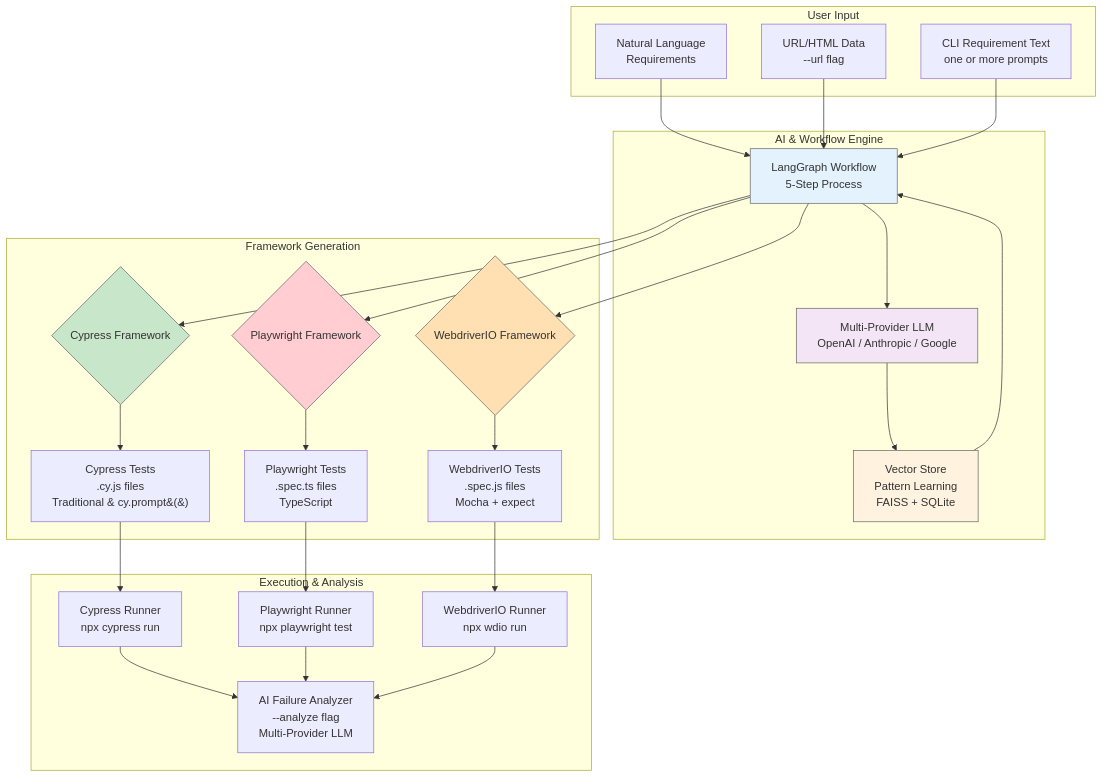
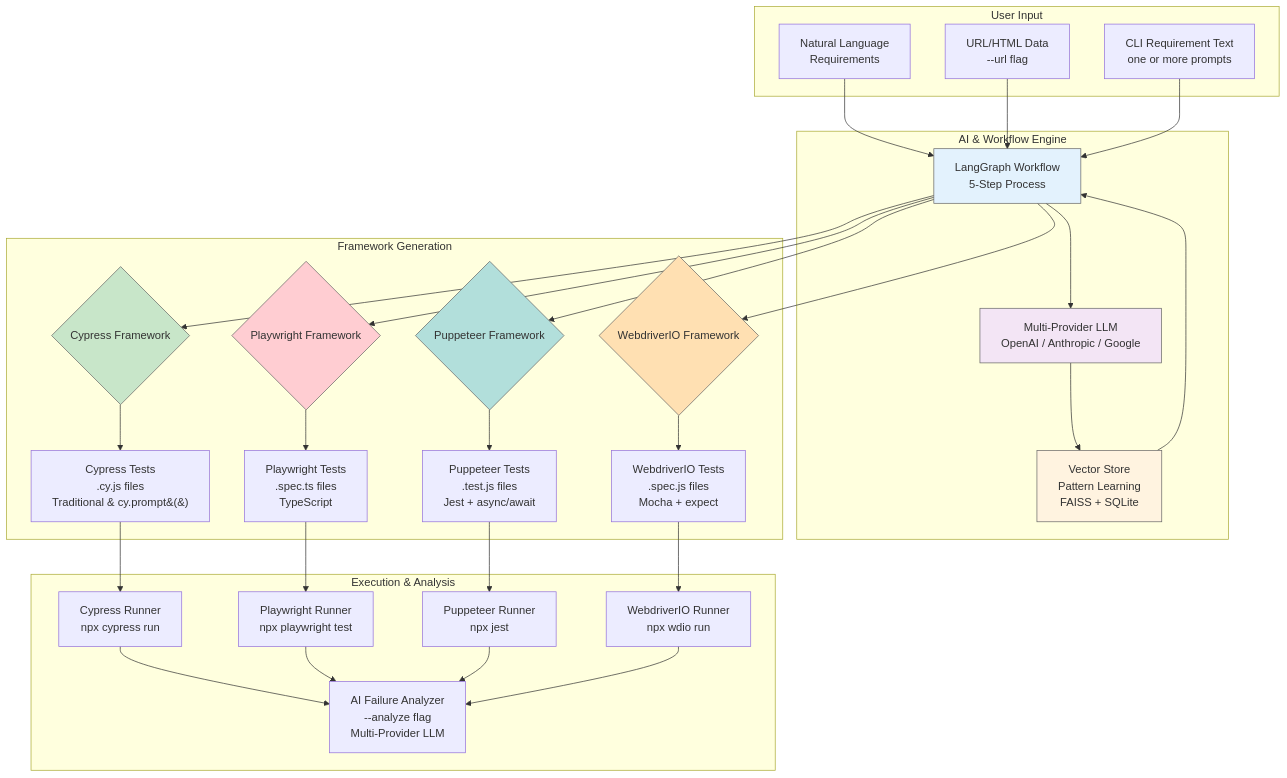
Before and after one commit to aiqualitylab/ai-natural-language-tests: the second of 4 diagrams in README.md, drawn with Mermaid. The commit also changed other lines of this file, not shown here.

First line of the commit message:
docs(readme): add Puppeteer framework documentation

````diff
--- a/README.md
+++ b/README.md
@@ -169,56 +180,64 @@
 ```mermaid
 graph TB
     subgraph "User Input"
         A[Natural Language<br/>Requirements]
         B[URL/HTML Data<br/>--url flag]
     C[CLI Requirement Text<br/>one or more prompts]
     end
 
     subgraph "AI & Workflow Engine"
         D[LangGraph Workflow<br/>5-Step Process]
         E[Multi-Provider LLM<br/>OpenAI / Anthropic / Google]
         F[Vector Store<br/>Pattern Learning<br/>FAISS + SQLite]
     end
 
     subgraph "Framework Generation"
         G{Cypress Framework}
         H{Playwright Framework}
+        U{Puppeteer Framework}
         W{WebdriverIO Framework}
         I[Cypress Tests<br/>.cy.js files<br/>Traditional & cy.prompt&#40;&#41;]
         J[Playwright Tests<br/>.spec.ts files<br/>TypeScript]
+        Q[Puppeteer Tests<br/>.test.js files<br/>Jest + async/await]
         X[WebdriverIO Tests<br/>.spec.js files<br/>Mocha + expect]
     end
 
     subgraph "Execution & Analysis"
         K[Cypress Runner<br/>npx cypress run]
         L[Playwright Runner<br/>npx playwright test]
+        O[Puppeteer Runner<br/>npx jest]
         M[AI Failure Analyzer<br/>--analyze flag<br/>Multi-Provider LLM]
         P[WebdriverIO Runner<br/>npx wdio run]
     end
 
     A --> D
     B --> D
     C --> D
     D --> E
     E --> F
     F --> D
     D --> G
     D --> H
+    D --> U
     D --> W
     G --> I
     H --> J
+    U --> Q
     W --> X
     I --> K
     J --> L
+    Q --> O
     X --> P
     K --> M
     L --> M
+    O --> M
     P --> M
 
     style D fill:#e3f2fd,color:#333333,stroke:#666666
     style E fill:#f3e5f5,color:#333333,stroke:#666666
     style F fill:#fff3e0,color:#333333,stroke:#666666
     style G fill:#c8e6c9,color:#333333,stroke:#666666
     style H fill:#ffcdd2,color:#333333,stroke:#666666
+    style U fill:#b2dfdb,color:#333333,stroke:#666666
     style W fill:#ffe0b2,color:#333333,stroke:#666666
 ```
````
